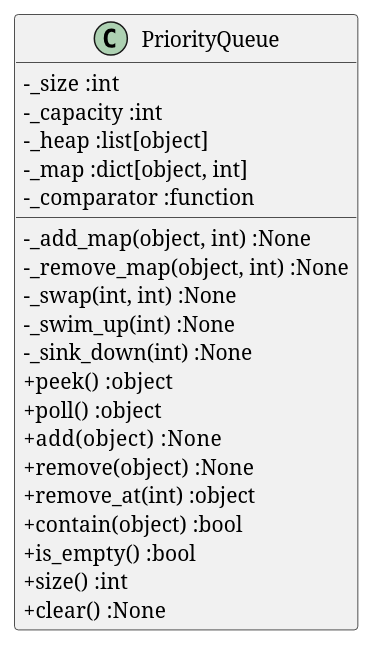
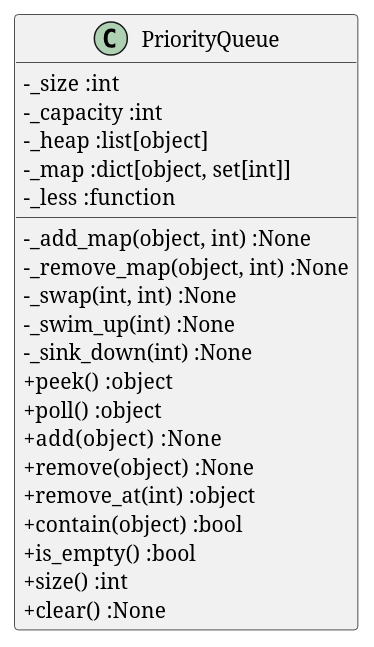
One commit to r4v3n-k/r4v3n-k.github.io changed the sixth of 6 diagrams in _posts/2024-04-20-heap.md. Above: the diagram before and after it, drawn with PlantUML. The commit also changed other lines of this file and 12 other files, not shown here.

```diff
--- a/_posts/2024-04-20-heap.md
+++ b/_posts/2024-04-20-heap.md
@@ -529,24 +545,24 @@
 {% plantuml %}
 skinparam ClassAttributeIconSize 0
 class PriorityQueue {
     -_size  :int
     -_capacity  :int
     -_heap  :list[object]
-    -_map  :dict[object, int]
-    -_comparator  :function
+    -_map  :dict[object, set[int]]
+    -_less  :function
     -_add_map(object, int)  :None
     -_remove_map(object, int)  :None
     -_swap(int, int)  :None
     -_swim_up(int)  :None
     -_sink_down(int)  :None
     +peek()  :object
     +poll()  :object
     +add(object)   :None
     +remove(object)  :None
     +remove_at(int)  :object
     +contain(object)  :bool
     +is_empty()  :bool
     +size()  :int
     +clear()  :None
 }
 {% endplantuml %}
```
